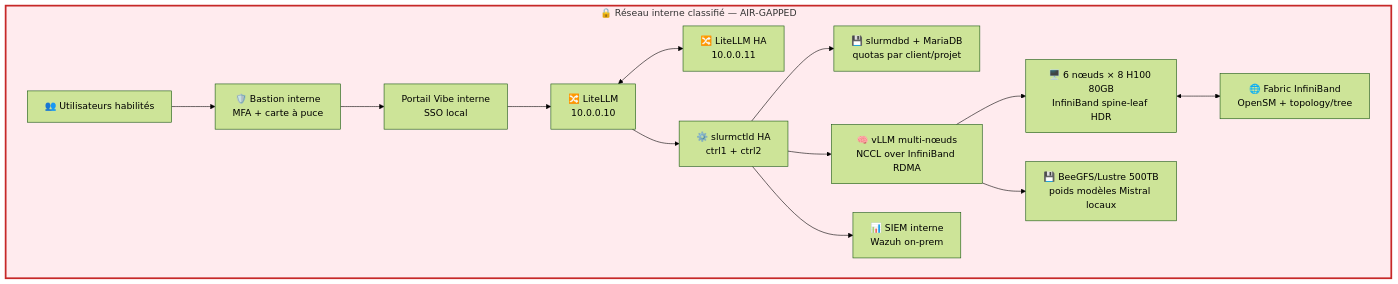
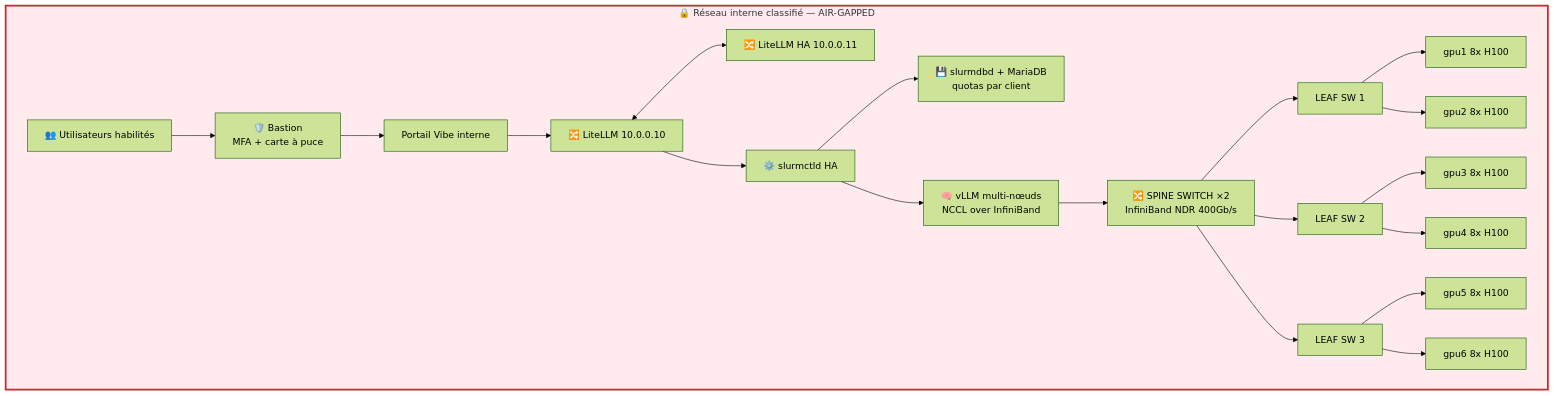
One commit to 4math2379/Recherches-IA-Souveraine changed the diagram in docs/architecture/schemas/02-niveau-secret-onprem.md. Above: the diagram before and after it, drawn with Mermaid (forest theme). The commit also changed other lines of this file and 2 other files, not shown here.

Commit message:
feat: schémas .md avec SVG embarqué (rendu visuel pro) + version Mermaid éditable

````diff
--- a/docs/architecture/schemas/02-niveau-secret-onprem.md
+++ b/docs/architecture/schemas/02-niveau-secret-onprem.md
@@ -3,17 +11,23 @@
 ```mermaid
 flowchart TB
     subgraph RESEAU["🔒 Réseau interne classifié — AIR-GAPPED"]
-        U["👥 Utilisateurs habilités"] --> BASTION["🛡️ Bastion interne<br/>MFA + carte à puce"]
-        BASTION --> PORTAIL["Portail Vibe interne<br/>SSO local"]
-        PORTAIL --> LLM1["🔀 LiteLLM<br/>10.0.0.10"]
-        LLM1 <--> LLM2["🔀 LiteLLM HA<br/>10.0.0.11"]
-        LLM1 --> SCTLD["⚙️ slurmctld HA<br/>ctrl1 + ctrl2"]
-        SCTLD --> DB["💾 slurmdbd + MariaDB<br/>quotas par client/projet"]
-        SCTLD --> VLLM["🧠 vLLM multi-nœuds<br/>NCCL over InfiniBand RDMA"]
-        VLLM --> GPU["🖥️ 6 nœuds × 8 H100 80GB<br/>InfiniBand spine-leaf HDR"]
-        GPU <--> IB["🌐 Fabric InfiniBand<br/>OpenSM + topology/tree"]
-        VLLM --> STOCK["💾 BeeGFS/Lustre 500TB<br/>poids modèles Mistral locaux"]
-        SCTLD --> SIEM["📊 SIEM interne<br/>Wazuh on-prem"]
+        U["👥 Utilisateurs habilités"] --> BASTION["🛡️ Bastion<br/>MFA + carte à puce"]
+        BASTION --> PORTAIL["Portail Vibe interne"]
+        PORTAIL --> LLM1["🔀 LiteLLM 10.0.0.10"]
+        LLM1 <--> LLM2["🔀 LiteLLM HA 10.0.0.11"]
+        LLM1 --> SCTLD["⚙️ slurmctld HA"]
+        SCTLD --> DB["💾 slurmdbd + MariaDB<br/>quotas par client"]
+        SCTLD --> VLLM["🧠 vLLM multi-nœuds<br/>NCCL over InfiniBand"]
+        VLLM --> SPINE["🔀 SPINE SWITCH ×2<br/>InfiniBand NDR 400Gb/s"]
+        SPINE --> LEAF1["LEAF SW 1"]
+        SPINE --> LEAF2["LEAF SW 2"]
+        SPINE --> LEAF3["LEAF SW 3"]
+        LEAF1 --> GPU1["gpu1 8x H100"]
+        LEAF1 --> GPU2["gpu2 8x H100"]
+        LEAF2 --> GPU3["gpu3 8x H100"]
+        LEAF2 --> GPU4["gpu4 8x H100"]
+        LEAF3 --> GPU5["gpu5 8x H100"]
+        LEAF3 --> GPU6["gpu6 8x H100"]
     end
     style RESEAU fill:#ffebee,stroke:#c62828,stroke-width:3px
 ```
````
